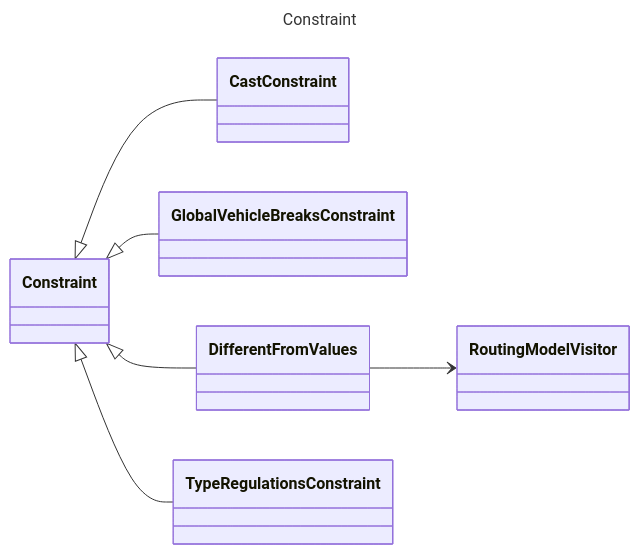
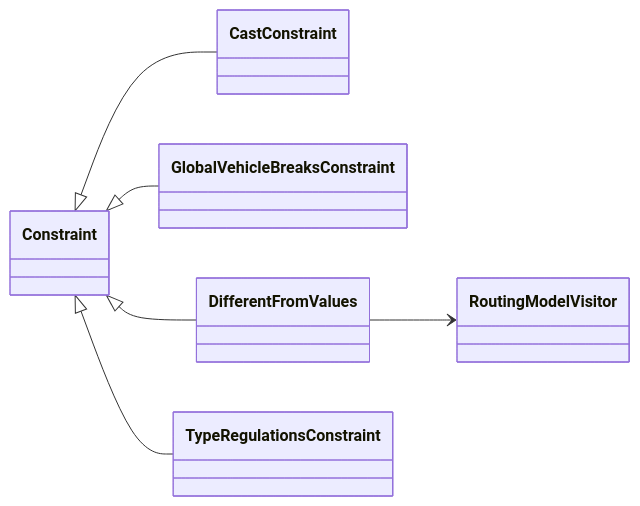
The diagram in input/constraint/index.md (prometheusalpha/or-tools-architecture), drawn with Mermaid before and after one commit. The commit also changed 4 other files, not shown here.

````diff
--- a/input/constraint/index.md
+++ b/input/constraint/index.md
@@ -1,12 +4,9 @@
 ```mermaid
----
-title: Constraint
----
 classDiagram
   direction LR
   Constraint <|-- CastConstraint
   Constraint <|-- GlobalVehicleBreaksConstraint
   Constraint <|-- DifferentFromValues
   Constraint <|-- TypeRegulationsConstraint
   DifferentFromValues --> RoutingModelVisitor
 ```
````
